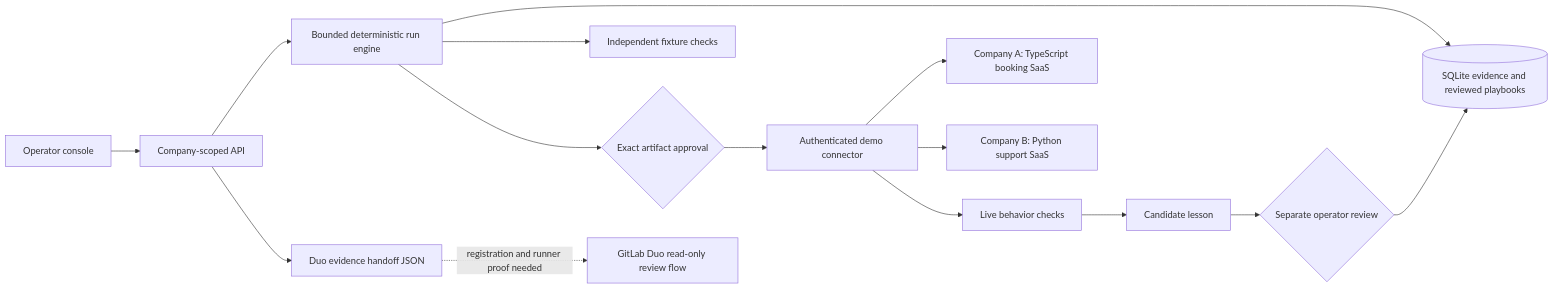
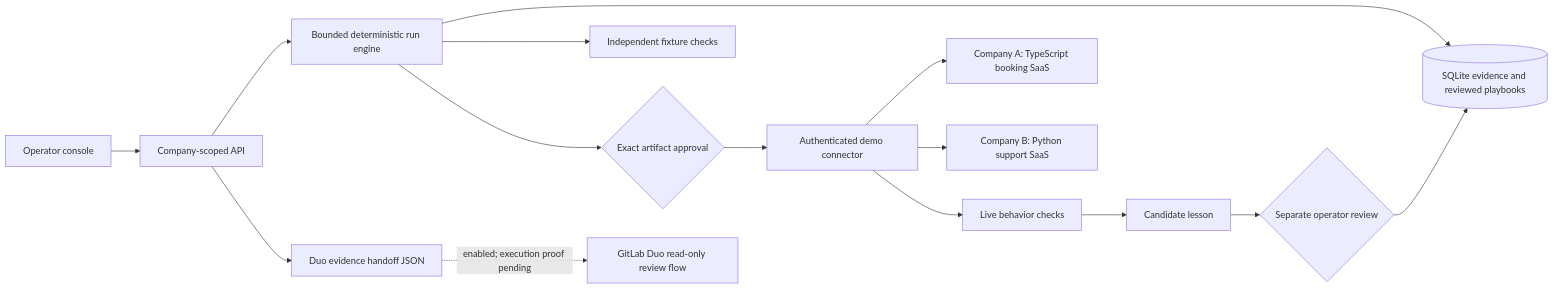
The diagram in docs/ARCHITECTURE.md (Jassi2004/transcend-maya), drawn with Mermaid before and after one commit. The commit also changed other lines of this file and 3 other files, not shown here.

Commit message:
Fix Duo flow schema and record hosted deployment status

````diff
--- a/docs/ARCHITECTURE.md
+++ b/docs/ARCHITECTURE.md
@@ -3,17 +3,17 @@
 ```mermaid
 flowchart LR
   UI[Operator console] --> API[Company-scoped API]
   API --> E[Bounded deterministic run engine]
   E --> M[(SQLite evidence and reviewed playbooks)]
   E --> V[Independent fixture checks]
   E --> A{Exact artifact approval}
   A --> C[Authenticated demo connector]
   C --> CA[Company A: TypeScript booking SaaS]
   C --> CB[Company B: Python support SaaS]
   C --> L[Live behavior checks]
   L --> R[Candidate lesson]
   R --> H{Separate operator review}
   H --> M
   API --> P[Duo evidence handoff JSON]
-  P -. registration and runner proof needed .-> D[GitLab Duo read-only review flow]
+  P -. enabled; execution proof pending .-> D[GitLab Duo read-only review flow]
 ```
````
